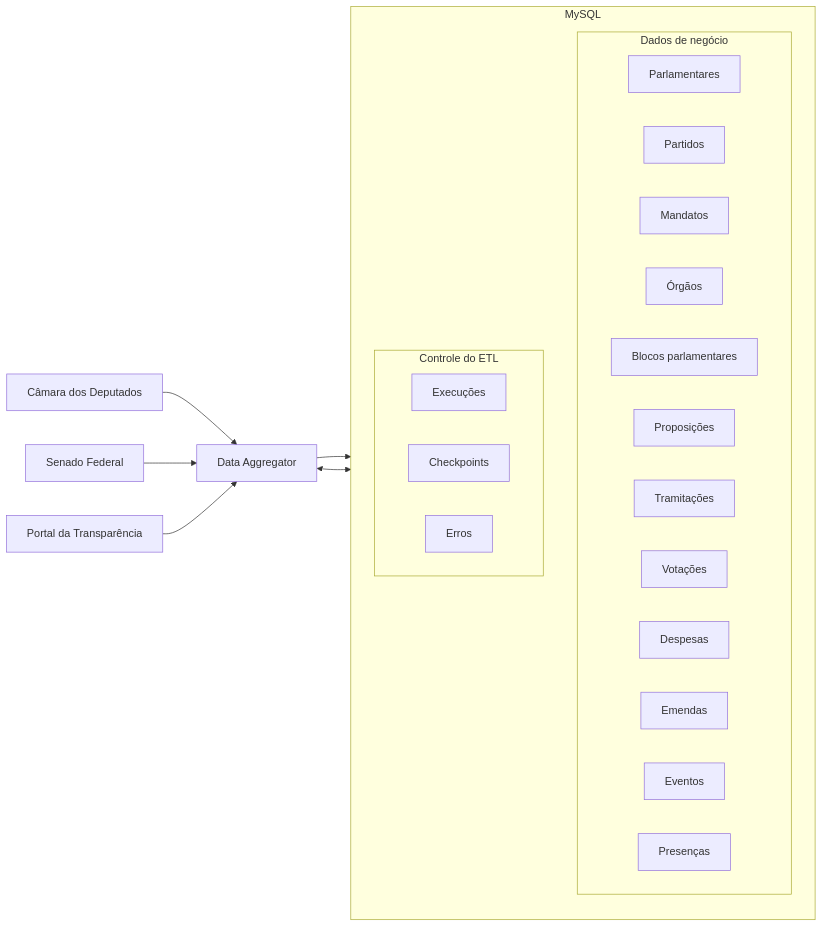
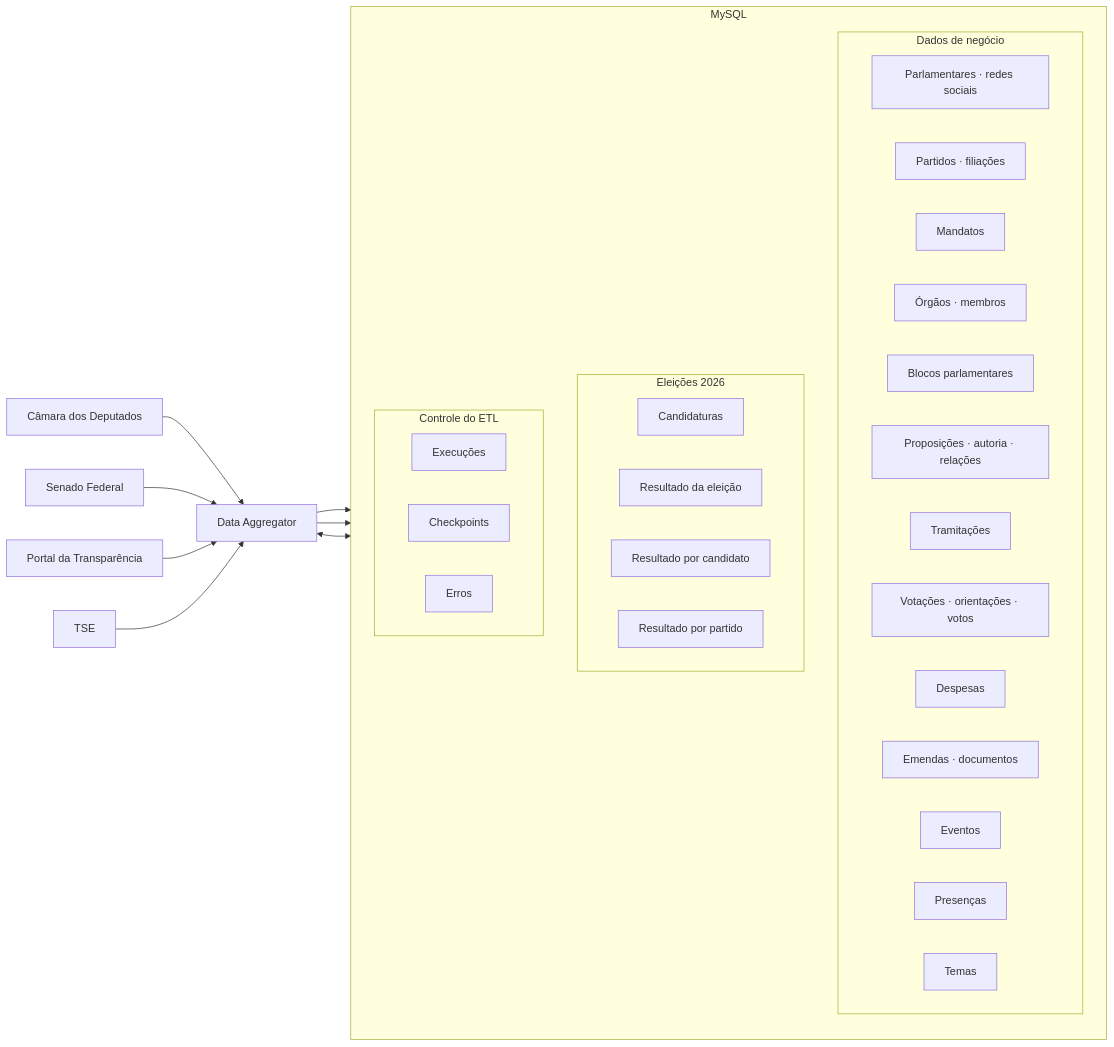
One commit to Projeto-Voto-Vivo/Documentacao changed the third of 19 diagrams in diagramas.md. Above: the diagram before and after it, drawn with Mermaid. The commit also changed other lines of this file, not shown here.

Commit message:
update diagrams

````diff
--- a/diagramas.md
+++ b/diagramas.md
@@ -101,37 +115,47 @@
 ```mermaid
 flowchart LR
     CD["Câmara dos Deputados"]
     SF["Senado Federal"]
     PT["Portal da Transparência"]
+    TSE["TSE"]
 
     DA["Data Aggregator"]
 
     subgraph DB["MySQL"]
         direction TB
         subgraph Negocio["Dados de negócio"]
-            E1["Parlamentares"]
-            E2["Partidos"]
+            E1["Parlamentares · redes sociais"]
+            E2["Partidos · filiações"]
             E3["Mandatos"]
-            E4["Órgãos"]
+            E4["Órgãos · membros"]
             E5["Blocos parlamentares"]
-            E6["Proposições"]
+            E6["Proposições · autoria · relações"]
             E7["Tramitações"]
-            E8["Votações"]
+            E8["Votações · orientações · votos"]
             E9["Despesas"]
-            E10["Emendas"]
+            E10["Emendas · documentos"]
             E11["Eventos"]
             E12["Presenças"]
+            E13["Temas"]
+        end
+        subgraph Eleicao["Eleições 2026"]
+            EL1["Candidaturas"]
+            EL2["Resultado da eleição"]
+            EL3["Resultado por candidato"]
+            EL4["Resultado por partido"]
         end
         subgraph Controle["Controle do ETL"]
             C1["Execuções"]
             C2["Checkpoints"]
             C3["Erros"]
         end
     end
 
     CD --> DA
     SF --> DA
     PT --> DA
+    TSE --> DA
     DA --> Negocio
+    DA --> Eleicao
     DA <--> Controle
 ```
````
